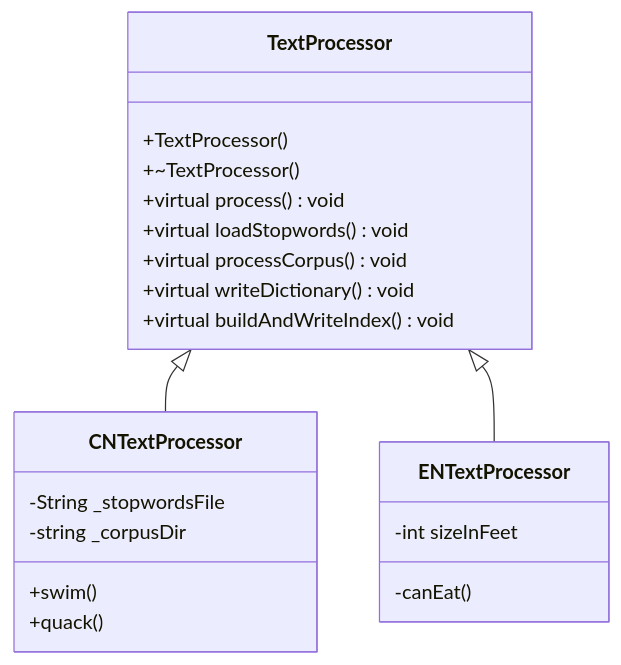
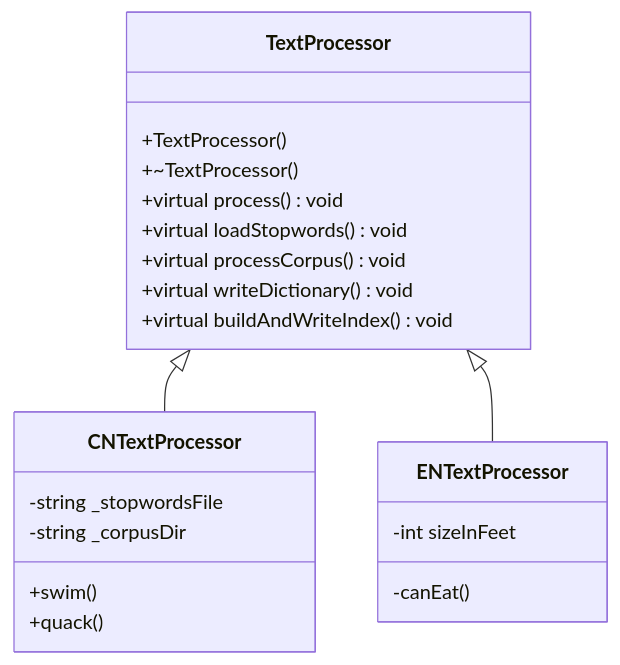
The diagram in all/未命名-1.md (Jason-DancingBoy/iodraw-files), drawn with Mermaid before and after one commit.

Commit message:
2026-01-02 21:06:14 update

````diff
--- a/all/未命名-1.md
+++ b/all/未命名-1.md
@@ -1,26 +1,26 @@
 ```mermaid
 classDiagram
     TextProcessor <|-- CNTextProcessor
     TextProcessor <|-- ENTextProcessor
     TextProcessor: +TextProcessor()
     TextProcessor: +~TextProcessor()
     TextProcessor: +virtual process() void
     TextProcessor: +virtual loadStopwords() void 
     TextProcessor: +virtual processCorpus() void
     TextProcessor: +virtual writeDictionary() void
     TextProcessor: +virtual buildAndWriteIndex() void
     class CNTextProcessor{
-      -String _stopwordsFile
+      -string _stopwordsFile
       -string _corpusDir
       +swim()
       +quack()
     }
     class ENTextProcessor{
       -int sizeInFeet
       -canEat()
     }
     %%  string _stopwordsFile; // 存放停用词文件名
     %%  string _corpusDir; // 存放语料库目录
     %%  unordered_set<string> _stopwords; // 用来存放停用词
     %%  map<string, int> _wordFreq;
 ```
````
